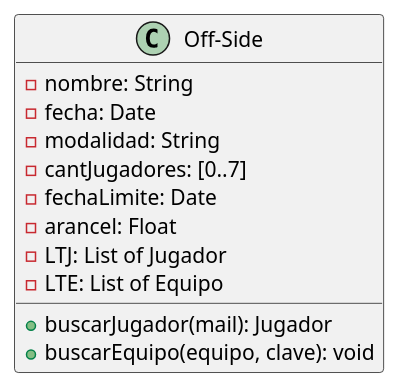
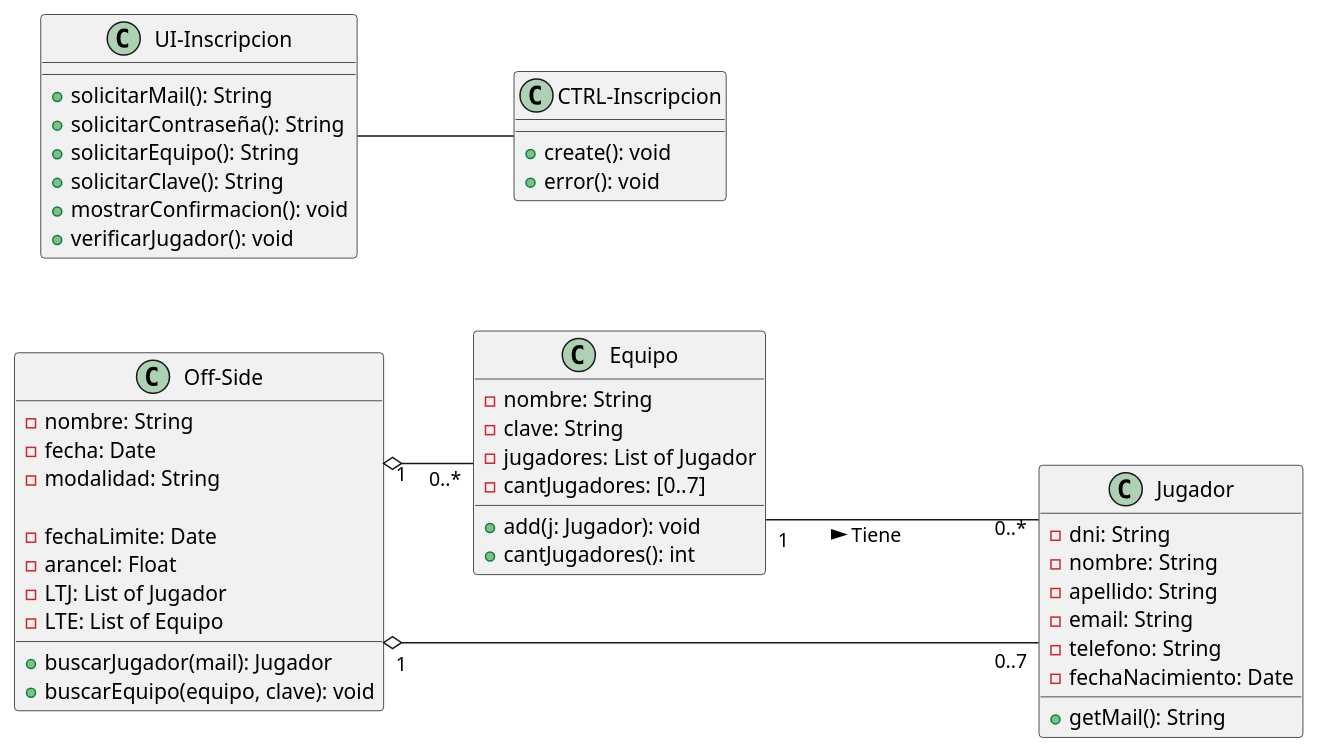
One commit to Z0SO/UML-Practice changed the third of 3 diagrams in Modelos parciales/modelo 2.md. Above: the diagram before and after it, drawn with PlantUML. The commit also changed other lines of this file and 1 other file, not shown here.

Commit message:
Z0SO bkp -> 2024-07-03 17:47:44

````diff
--- a/Modelos parciales/modelo 2.md
+++ b/Modelos parciales/modelo 2.md
@@ -237,22 +237,70 @@
 ```plantuml
 @startuml
 
-class "Off-Side" {
+left to right direction
+
+skinparam linetype ortho
+
+class "Off-Side" as sistema {
 
     -nombre: String
     -fecha: Date
     -modalidad: String
-    -cantJugadores: [0..7]
+    
     -fechaLimite: Date
     -arancel: Float
     ' Listas de jugadores
     -LTJ: List of Jugador
     -LTE: List of Equipo
     ' -------------------
     +buscarJugador(mail): Jugador
     +buscarEquipo(equipo, clave): void
 }
 
+class "Equipo" as equipo {
+    -nombre: String
+    -clave: String
+    -jugadores: List of Jugador
+    -cantJugadores: [0..7]
+    +add(j: Jugador): void
+    +cantJugadores(): int
+}
+
+class "Jugador" as jugador {
+    -dni: String
+    -nombre: String
+    -apellido: String
+    -email: String
+    -telefono: String
+    -fechaNacimiento: Date
+    +getMail(): String
+}
+
+
+class "UI-Inscripcion" as ui {
+    +solicitarMail(): String
+    +solicitarContraseña(): String
+    +solicitarEquipo(): String
+    +solicitarClave(): String
+    +mostrarConfirmacion(): void
+    +verificarJugador(): void
+}
+
+class "CTRL-Inscripcion" as controlador{
+    +create(): void
+    +error(): void
+}
+
+sistema "1" o-- "0..*" equipo
+
+sistema "1" o-- "0..7" jugador
+
+equipo "1" ---- "0..*" jugador: > Tiene
+
+ui -- controlador
+
+
+
 
 @enduml
 ```
````
